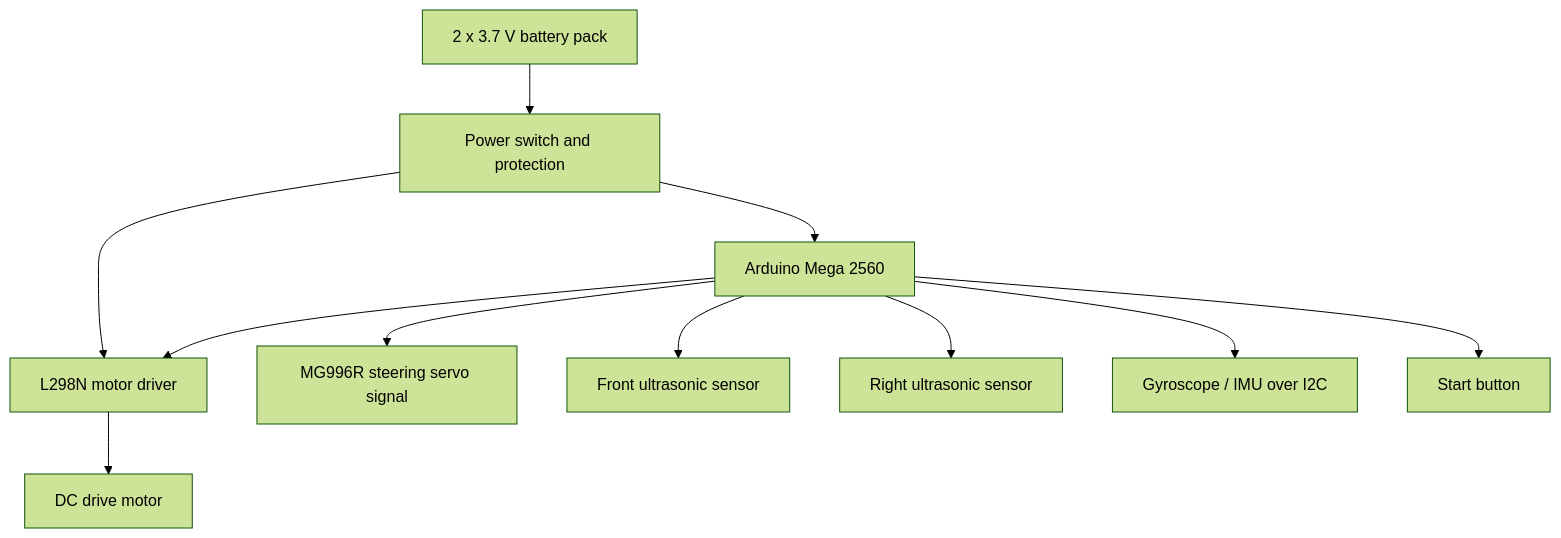
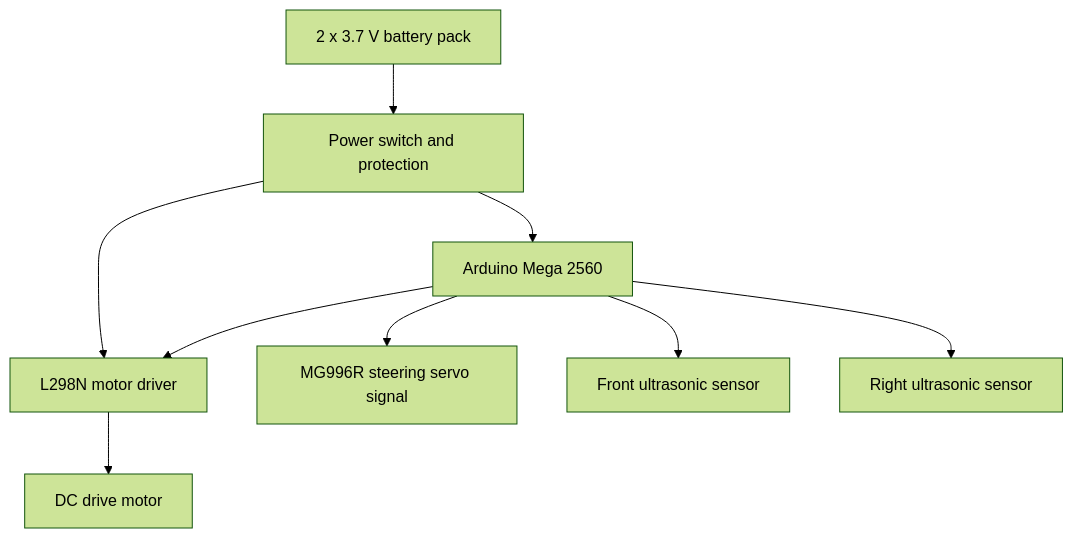
One commit to Yamilgmr/SKRobotics_WRO2026 changed the diagram in docs/01_project_overview.md. Above: the diagram before and after it, drawn with Mermaid (forest theme). The commit also changed other lines of this file and 19 other files, not shown here.

````diff
--- a/docs/01_project_overview.md
+++ b/docs/01_project_overview.md
@@ -22,13 +24,11 @@
 ```mermaid
 flowchart TD
     A["2 x 3.7 V battery pack"] --> B["Power switch and protection"]
     B --> C["Arduino Mega 2560"]
     B --> D["L298N motor driver"]
     D --> E["DC drive motor"]
     C --> F["MG996R steering servo signal"]
     C --> G["Front ultrasonic sensor"]
     C --> H["Right ultrasonic sensor"]
-    C --> I["Gyroscope / IMU over I2C"]
-    C --> J["Start button"]
     C --> D
 ```
````
